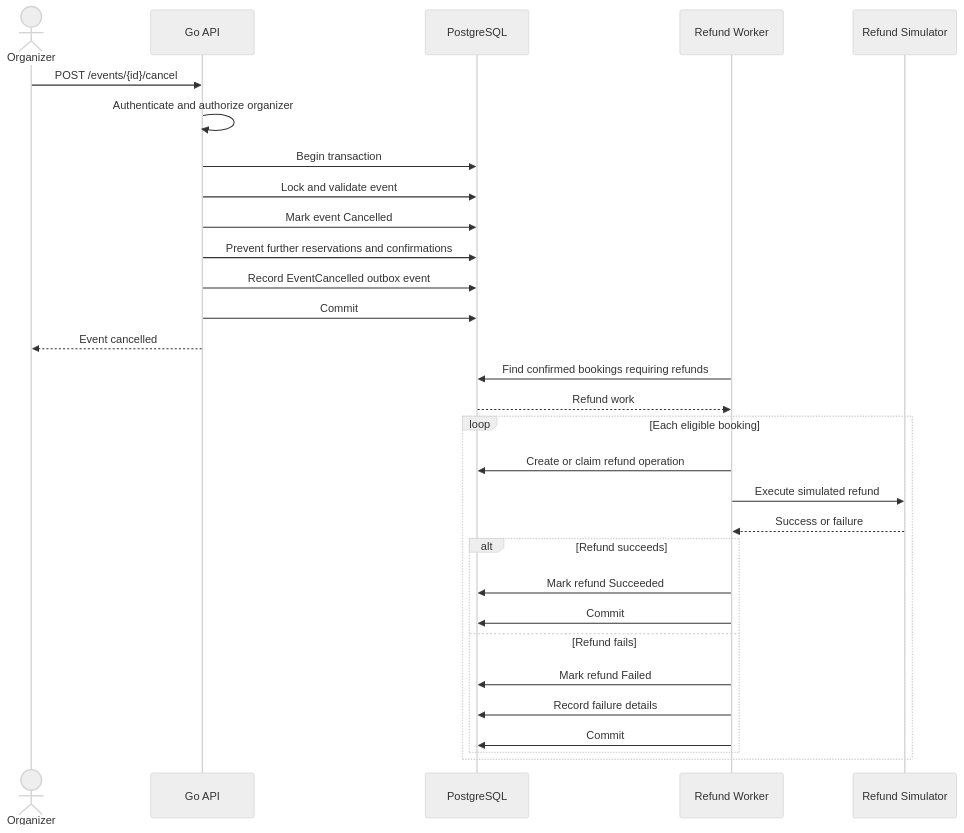
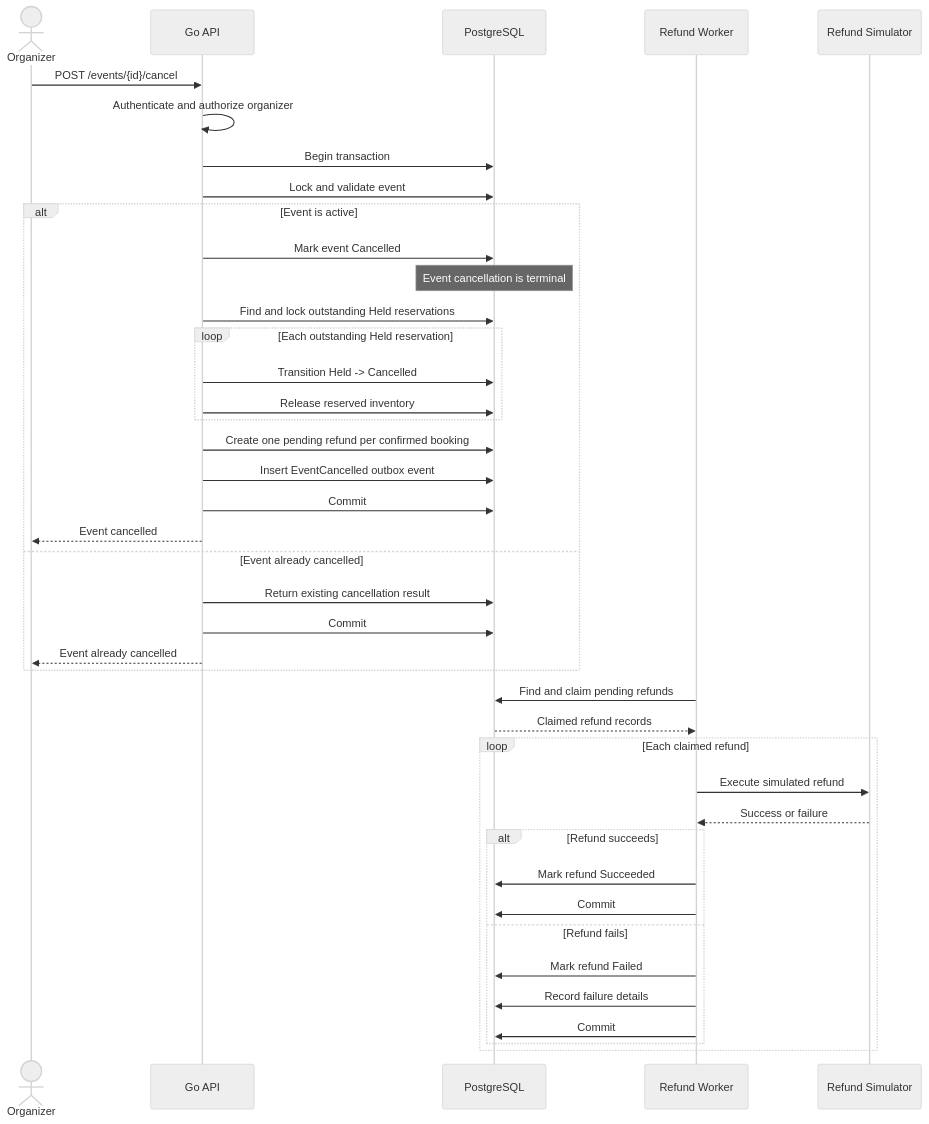
Before and after one commit to Punith1117/ticket-forge: the eighth of 9 diagrams in docs/sequence-diagrams.md, drawn with Mermaid (neutral theme). The commit also changed other lines of this file and 14 other files, not shown here.

````diff
--- a/docs/sequence-diagrams.md
+++ b/docs/sequence-diagrams.md
@@ -214,39 +382,53 @@
 ```mermaid
 sequenceDiagram
     actor O as Organizer
     participant API as Go API
     participant DB as PostgreSQL
     participant W as Refund Worker
     participant R as Refund Simulator
 
     O->>API: POST /events/{id}/cancel
 
     API->>API: Authenticate and authorize organizer
     API->>DB: Begin transaction
     API->>DB: Lock and validate event
 
-    API->>DB: Mark event Cancelled
-    API->>DB: Prevent further reservations and confirmations
-    API->>DB: Record EventCancelled outbox event
-    API->>DB: Commit
+    alt Event is active
+        API->>DB: Mark event Cancelled
+        Note over DB: Event cancellation is terminal
 
-    API-->>O: Event cancelled
+        API->>DB: Find and lock outstanding Held reservations
+        loop Each outstanding Held reservation
+            API->>DB: Transition Held -> Cancelled
+            API->>DB: Release reserved inventory
+        end
 
-    W->>DB: Find confirmed bookings requiring refunds
-    DB-->>W: Refund work
+        API->>DB: Create one pending refund per confirmed booking
+        API->>DB: Insert EventCancelled outbox event
+        API->>DB: Commit
 
-    loop Each eligible booking
-        W->>DB: Create or claim refund operation
+        API-->>O: Event cancelled
+
+    else Event already cancelled
+        API->>DB: Return existing cancellation result
+        API->>DB: Commit
+        API-->>O: Event already cancelled
+    end
+
+    W->>DB: Find and claim pending refunds
+    DB-->>W: Claimed refund records
+
+    loop Each claimed refund
         W->>R: Execute simulated refund
         R-->>W: Success or failure
 
         alt Refund succeeds
             W->>DB: Mark refund Succeeded
             W->>DB: Commit
         else Refund fails
             W->>DB: Mark refund Failed
             W->>DB: Record failure details
             W->>DB: Commit
         end
     end
 ```
````
